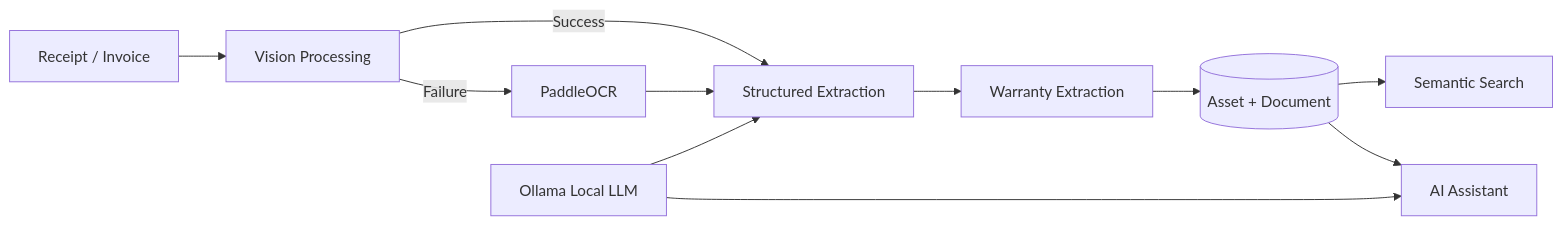
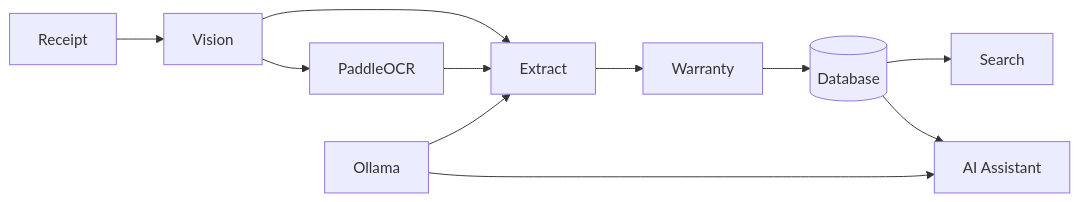
Before and after one commit to Real1Ankush/WarrantyVault: the diagram in README.md, drawn with Mermaid. The commit also changed other lines of this file, not shown here.

````diff
--- a/README.md
+++ b/README.md
@@ -41,16 +41,14 @@
 ```mermaid
 flowchart LR
-    A[Receipt / Invoice] --> B[Vision Processing]
-    B -->|Success| C[Structured Extraction]
-    B -->|Failure| D[PaddleOCR]
+    A[Receipt] --> B[Vision]
+    B --> C[Extract]
+    B --> D[PaddleOCR]
     D --> C
-
-    C --> E[Warranty Extraction]
-    E --> F[(Asset + Document)]
-
-    F --> G[Semantic Search]
+    C --> E[Warranty]
+    E --> F[(Database)]
+    F --> G[Search]
     F --> H[AI Assistant]
 
-    I[Ollama Local LLM] --> C
+    I[Ollama] --> C
     I --> H
 ```
````
